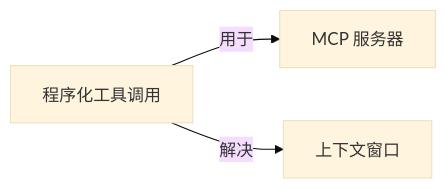
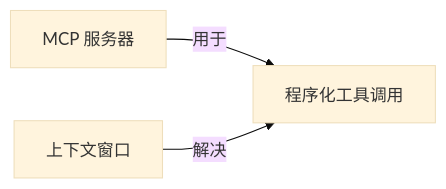
The diagram in wiki/程序化工具调用.md (yibie/claude-best-practices-zh), drawn with Mermaid (base theme) before and after one commit. The commit also changed other lines of this file and 407 other files, not shown here.

Commit message:
feat: DeepSeek 三遍审校（译文/关系/图谱）+ 可部署静态站点

````diff
--- a/wiki/程序化工具调用.md
+++ b/wiki/程序化工具调用.md
@@ -44,6 +45,6 @@
 ```mermaid
 graph LR
   C["程序化工具调用"]
-  C -->|用于| N0["MCP 服务器"]
-  C -->|解决| N1["上下文窗口"]
+  N0["MCP 服务器"] -->|用于| C
+  N1["上下文窗口"] -->|解决| C
 ```
````
